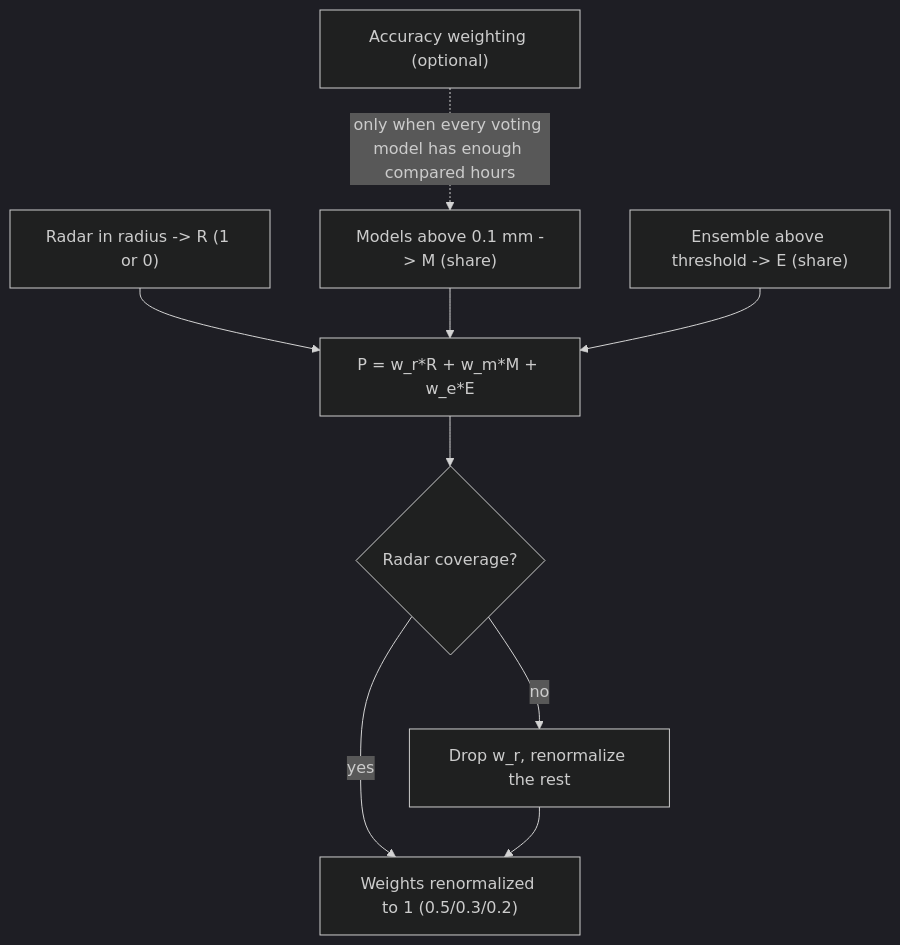
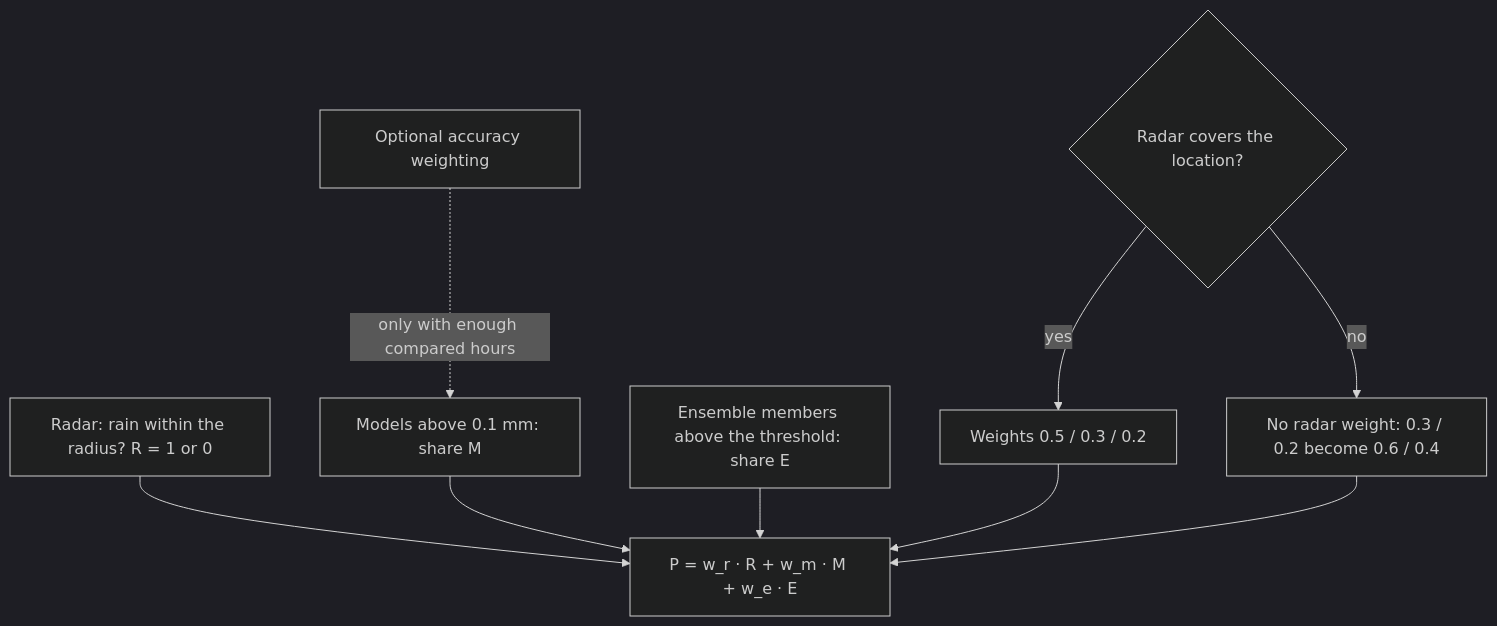
The second of 3 diagrams in docs/ARCHITECTURE.md (divemorb/weather-app), drawn with Mermaid (dark theme) before and after one commit. The commit also changed other lines of this file, not shown here.

First line of the commit message:
docs: clearer data-flow and rain-probability diagrams

````diff
--- a/docs/ARCHITECTURE.md
+++ b/docs/ARCHITECTURE.md
@@ -41,11 +49,19 @@
 ```mermaid
 flowchart TD
-    radar["Radar in radius -> R (1 or 0)"] --> sum["P = w_r*R + w_m*M + w_e*E"]
-    models["Models above 0.1 mm -> M (share)"] --> sum
-    ensemble["Ensemble above threshold -> E (share)"] --> sum
-    sum --> coverage{"Radar coverage?"}
-    coverage -->|yes| weights["Weights renormalized to 1 (0.5/0.3/0.2)"]
-    coverage -->|no| drop["Drop w_r, renormalize the rest"]
-    drop --> weights
-    accuracy["Accuracy weighting (optional)"] -.->|only when every voting model has enough compared hours| models
+    radar["Radar: rain within the radius? R = 1 or 0"]
+    models["Models above 0.1 mm: share M"]
+    ensemble["Ensemble members above the threshold: share E"]
+    coverage{"Radar covers the location?"}
+    full["Weights 0.5 / 0.3 / 0.2"]
+    noradar["No radar weight: 0.3 / 0.2 become 0.6 / 0.4"]
+    sum["P = w_r · R + w_m · M + w_e · E"]
+    accuracy["Optional accuracy weighting"]
+    coverage -->|yes| full
+    coverage -->|no| noradar
+    radar --> sum
+    models --> sum
+    ensemble --> sum
+    full --> sum
+    noradar --> sum
+    accuracy -.->|only with enough compared hours| models
 ```
````
